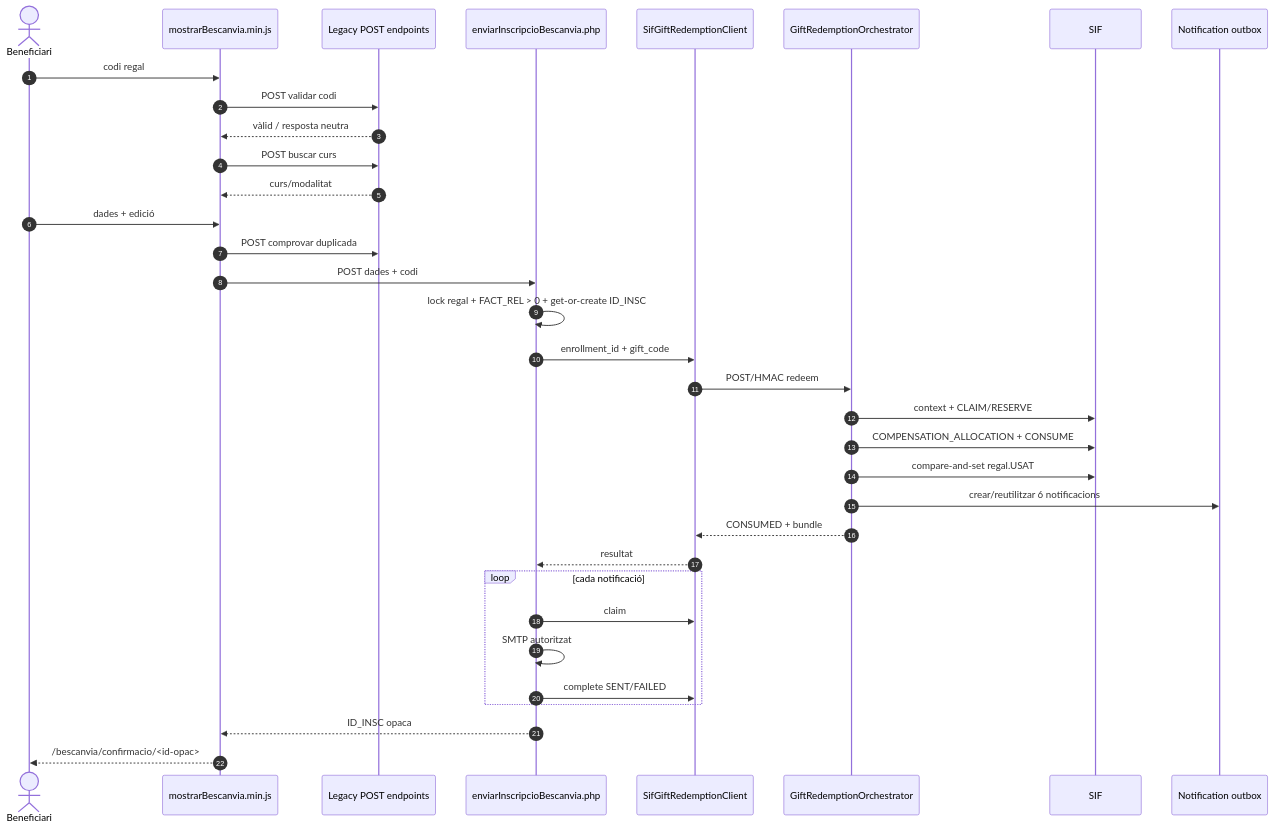
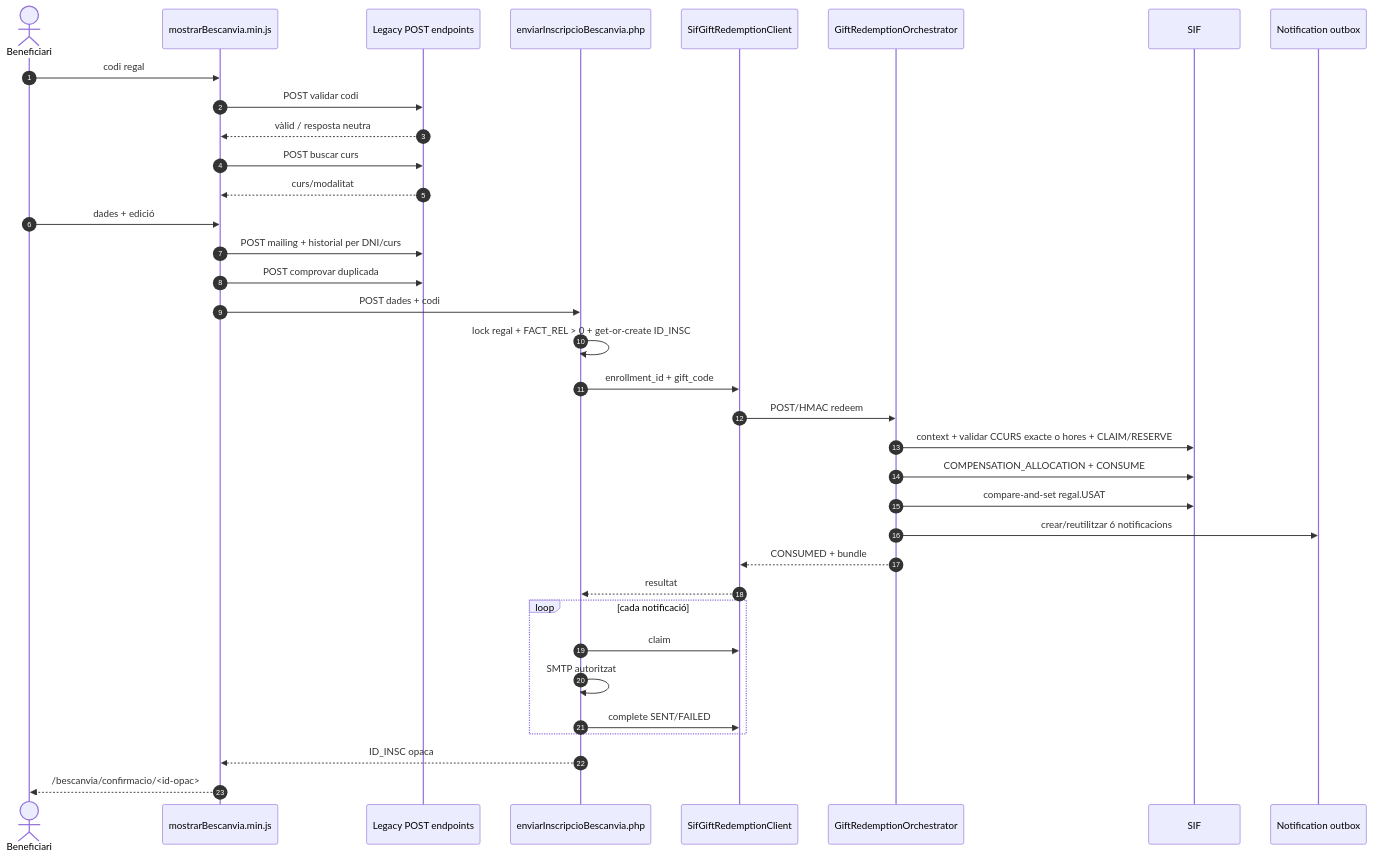
One commit to orgmeriemprismacat-del/verifactu changed the third of 5 diagrams in documentacio/07-uml-integrat/uc-018-bescanviar-regal.md. Above: the diagram before and after it, drawn with Mermaid. The commit also changed other lines of this file, not shown here.

Commit message:
docs(UC-018): actualitzar fitxa UML integrada amb flux real

````diff
--- a/documentacio/07-uml-integrat/uc-018-bescanviar-regal.md
+++ b/documentacio/07-uml-integrat/uc-018-bescanviar-regal.md
@@ -127,37 +138,38 @@
 ```mermaid
 sequenceDiagram
 autonumber
 actor B as Beneficiari
 participant JS as mostrarBescanvia.min.js
 participant L as Legacy POST endpoints
 participant W as enviarInscripcioBescanvia.php
 participant C as SifGiftRedemptionClient
 participant O as GiftRedemptionOrchestrator
 participant S as SIF
 participant N as Notification outbox
 
 B->>JS: codi regal
 JS->>L: POST validar codi
 L-->>JS: vàlid / resposta neutra
 JS->>L: POST buscar curs
 L-->>JS: curs/modalitat
 B->>JS: dades + edició
+JS->>L: POST mailing + historial per DNI/curs
 JS->>L: POST comprovar duplicada
 JS->>W: POST dades + codi
 W->>W: lock regal + FACT_REL > 0 + get-or-create ID_INSC
 W->>C: enrollment_id + gift_code
 C->>O: POST/HMAC redeem
-O->>S: context + CLAIM/RESERVE
+O->>S: context + validar CCURS exacte o hores + CLAIM/RESERVE
 O->>S: COMPENSATION_ALLOCATION + CONSUME
 O->>S: compare-and-set regal.USAT
 O->>N: crear/reutilitzar 6 notificacions
 O-->>C: CONSUMED + bundle
 C-->>W: resultat
 loop cada notificació
  W->>C: claim
  W->>W: SMTP autoritzat
  W->>C: complete SENT/FAILED
 end
 W-->>JS: ID_INSC opaca
 JS-->>B: /bescanvia/confirmacio/<id-opac>
 ```
````
